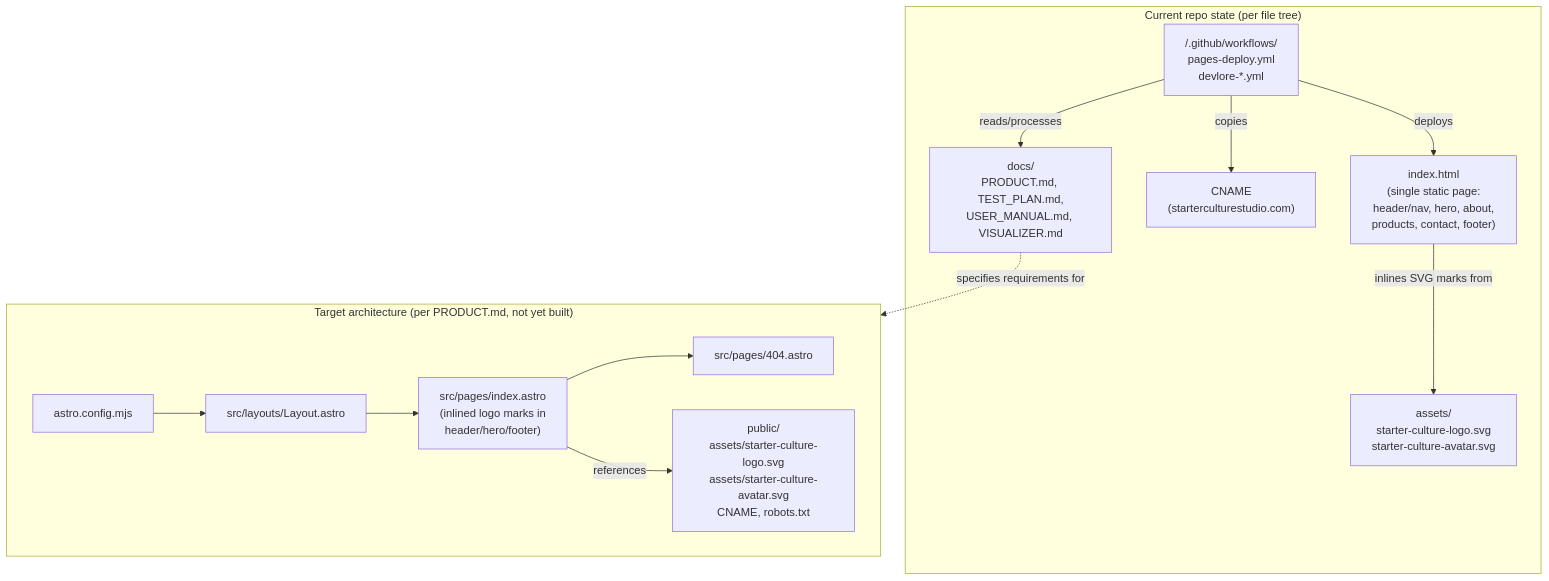
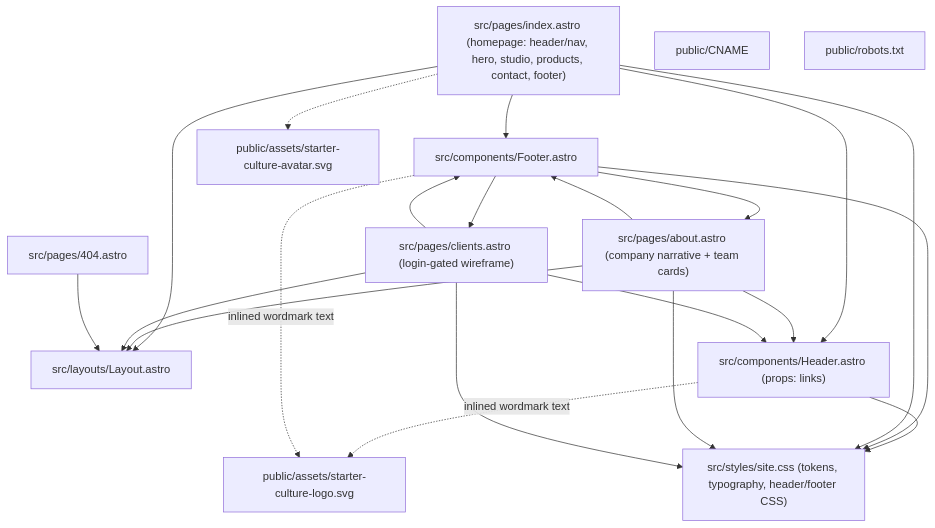
The first of 3 diagrams in docs/VISUALIZER.md (BubbaF377/starter-culture), drawn with Mermaid before and after one commit. The commit also changed other lines of this file, not shown here.

Commit message:
Update visualizer (requirements changed): starter-culture

````diff
--- a/docs/VISUALIZER.md
+++ b/docs/VISUALIZER.md
@@ -6,29 +8,40 @@
 ```mermaid
-flowchart TB
-    subgraph Current["Current repo state (per file tree)"]
-        idx["index.html<br/>(single static page:<br/>header/nav, hero, about,<br/>products, contact, footer)"]
-        assets["assets/<br/>starter-culture-logo.svg<br/>starter-culture-avatar.svg"]
-        cname["CNAME<br/>(starterculturestudio.com)"]
-        docs["docs/<br/>PRODUCT.md, TEST_PLAN.md,<br/>USER_MANUAL.md, VISUALIZER.md"]
-        wf["/.github/workflows/<br/>pages-deploy.yml<br/>devlore-*.yml"]
+graph TD
+    Layout["src/layouts/Layout.astro"]
+    Index["src/pages/index.astro (homepage: header/nav, hero, studio, products, contact, footer)"]
+    About["src/pages/about.astro (company narrative + team cards)"]
+    Clients["src/pages/clients.astro (login-gated wireframe)"]
+    NotFound["src/pages/404.astro"]
+    Header["src/components/Header.astro (props: links)"]
+    Footer["src/components/Footer.astro"]
+    SiteCSS["src/styles/site.css (tokens, typography, header/footer CSS)"]
+    LogoWordmark["public/assets/starter-culture-logo.svg"]
+    LogoAvatar["public/assets/starter-culture-avatar.svg"]
+    CNAME["public/CNAME"]
+    Robots["public/robots.txt"]
 
-        idx -->|inlines SVG marks from| assets
-        wf -->|deploys| idx
-        wf -->|copies| cname
-        wf -->|reads/processes| docs
-    end
+    Index --> Layout
+    About --> Layout
+    Clients --> Layout
+    NotFound --> Layout
 
-    subgraph Target["Target architecture (per PRODUCT.md, not yet built)"]
-        cfg["astro.config.mjs"]
-        layout["src/layouts/Layout.astro"]
-        indexPage["src/pages/index.astro<br/>(inlined logo marks in<br/>header/hero/footer)"]
-        notFound["src/pages/404.astro"]
-        pub["public/<br/>assets/starter-culture-logo.svg<br/>assets/starter-culture-avatar.svg<br/>CNAME, robots.txt"]
+    Index --> Header
+    Index --> Footer
+    About --> Header
+    About --> Footer
+    Clients --> Header
+    Clients --> Footer
 
-        cfg --> layout --> indexPage
-        indexPage --> notFound
-        indexPage -->|references| pub
-    end
+    Header --> SiteCSS
+    Footer --> SiteCSS
+    Index --> SiteCSS
+    About --> SiteCSS
+    Clients --> SiteCSS
 
-    docs -.->|specifies requirements for| Target
+    Header -. inlined wordmark text .-> LogoWordmark
+    Footer -. inlined wordmark text .-> LogoWordmark
+    Index -.-> LogoAvatar
+
+    Footer --> About
+    Footer --> Clients
 ```
````
